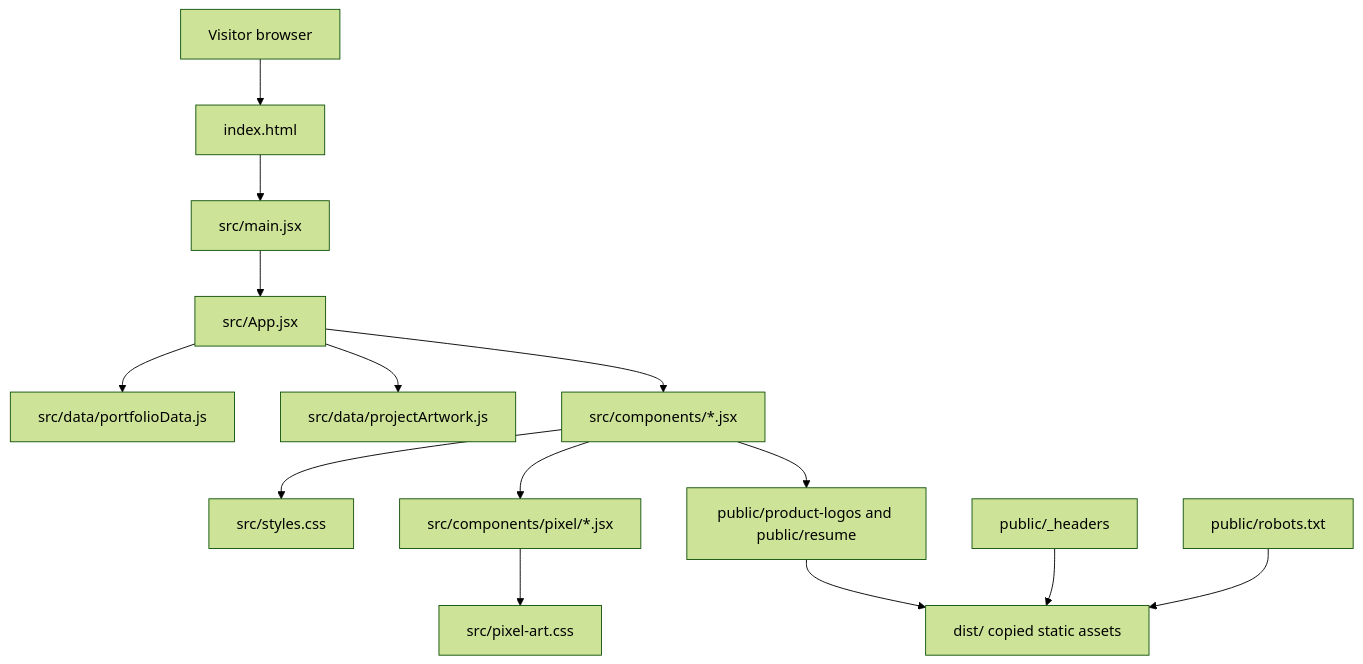
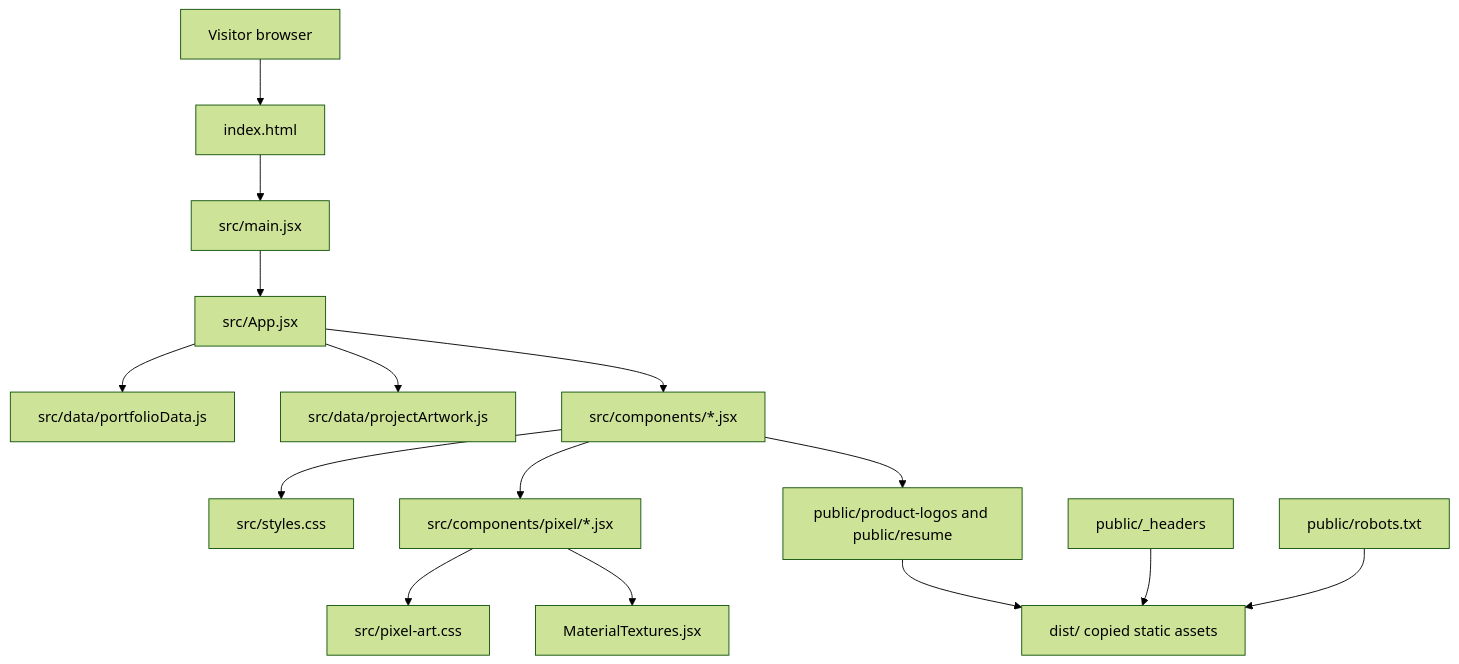
One commit to ShauryaDas924/Portfolio-Website changed the diagram in docs/ARCHITECTURE.md. Above: the diagram before and after it, drawn with Mermaid (forest theme). The commit also changed other lines of this file and 19 other files, not shown here.

````diff
--- a/docs/ARCHITECTURE.md
+++ b/docs/ARCHITECTURE.md
@@ -9,16 +9,17 @@
 ```mermaid
 flowchart TD
   Visitor["Visitor browser"] --> HTML["index.html"]
   HTML --> ReactEntry["src/main.jsx"]
   ReactEntry --> App["src/App.jsx"]
   App --> Data["src/data/portfolioData.js"]
   App --> ArtworkData["src/data/projectArtwork.js"]
   App --> Components["src/components/*.jsx"]
   Components --> Styles["src/styles.css"]
   Components --> MosaicComponents["src/components/pixel/*.jsx"]
   MosaicComponents --> MosaicStyles["src/pixel-art.css"]
+  MosaicComponents --> MaterialTextures["MaterialTextures.jsx"]
   Components --> PublicAssets["public/product-logos and public/resume"]
   PublicAssets --> Build["dist/ copied static assets"]
   Headers["public/_headers"] --> Build
   Robots["public/robots.txt"] --> Build
 ```
````
